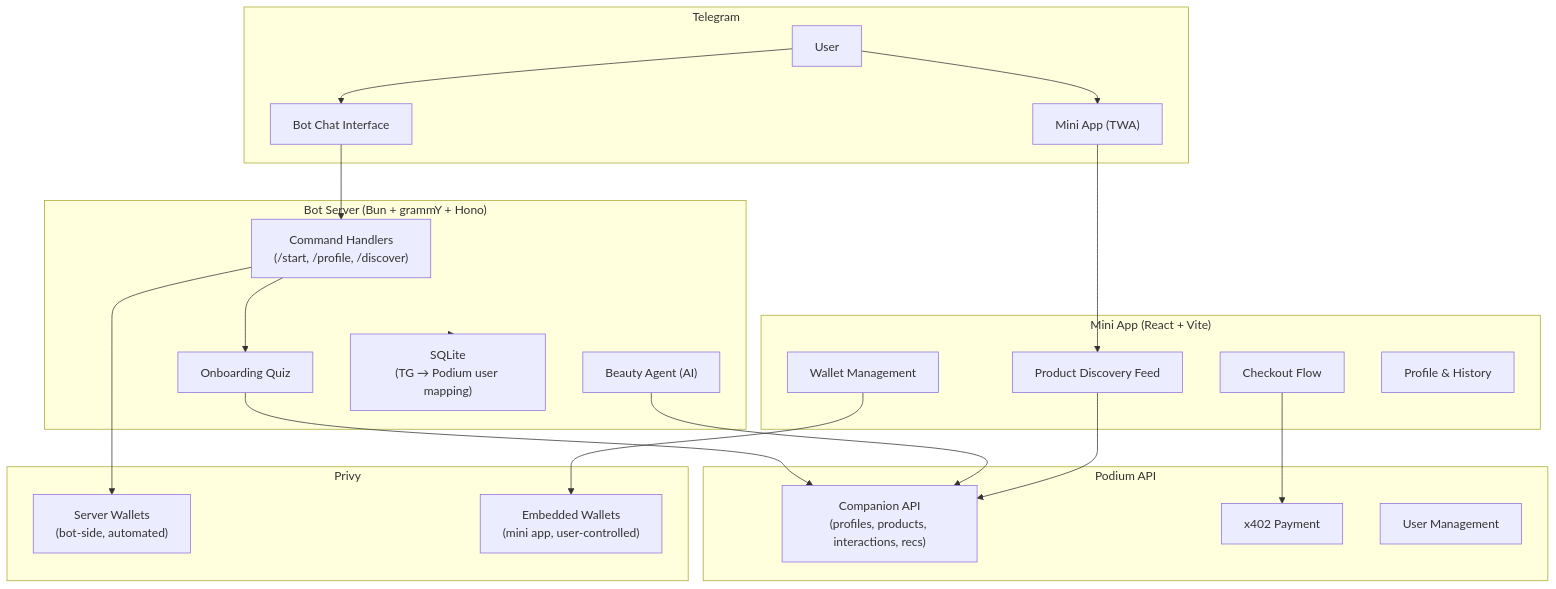
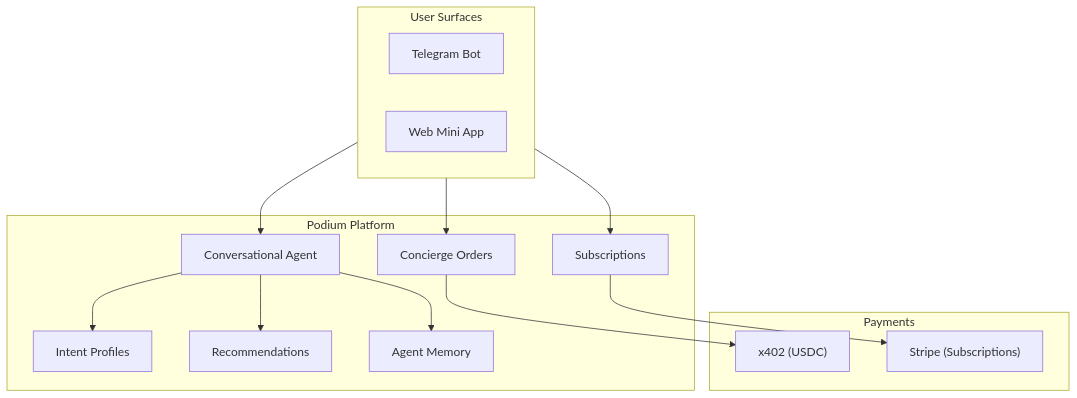
Before and after one commit to kiki-world-01/Docs: the first of 2 diagrams in agentic/beauty-companion.mdx, drawn with Mermaid. The commit also changed other lines of this file and 12 other files, not shown here.

````diff
--- a/agentic/beauty-companion.mdx
+++ b/agentic/beauty-companion.mdx
@@ -18,43 +67,28 @@
 ```mermaid
 graph TB
-    subgraph telegram ["Telegram"]
-        User["User"]
-        BotUI["Bot Chat Interface"]
-        MiniApp["Mini App (TWA)"]
+    subgraph surfaces ["User Surfaces"]
+        Bot["Telegram Bot"]
+        Web["Web Mini App"]
     end
 
-    subgraph bot ["Bot Server (Bun + grammY + Hono)"]
-        Commands["Command Handlers<br/>(/start, /profile, /discover)"]
-        Quiz["Onboarding Quiz"]
-        Agent["Beauty Agent (AI)"]
-        SQLite["SQLite<br/>(TG → Podium user mapping)"]
+    subgraph podium ["Podium Platform"]
+        Agent["Conversational Agent"]
+        Profiles["Intent Profiles"]
+        Recs["Recommendations"]
+        Subs["Subscriptions"]
+        Orders["Concierge Orders"]
+        Memory["Agent Memory"]
     end
 
-    subgraph miniapp ["Mini App (React + Vite)"]
-        Discovery["Product Discovery Feed"]
-        Checkout["Checkout Flow"]
-        Wallet["Wallet Management"]
-        Profile["Profile & History"]
+    subgraph payments ["Payments"]
+        x402["x402 (USDC)"]
+        Stripe["Stripe (Subscriptions)"]
     end
 
-    subgraph podium ["Podium API"]
-        CompanionAPI["Companion API<br/>(profiles, products, interactions, recs)"]
-        x402API["x402 Payment"]
-        UserAPI["User Management"]
-    end
-
-    subgraph wallets ["Privy"]
-        ServerWallet["Server Wallets<br/>(bot-side, automated)"]
-        EmbeddedWallet["Embedded Wallets<br/>(mini app, user-controlled)"]
-    end
-
-    User --> BotUI --> Commands
-    User --> MiniApp --> Discovery
-    Commands --> Quiz --> CompanionAPI
-    Agent --> CompanionAPI
-    Discovery --> CompanionAPI
-    Checkout --> x402API
-    Wallet --> EmbeddedWallet
-    Commands --> ServerWallet
-    bot --> SQLite
+    surfaces --> Agent
+    Agent --> Profiles
+    Agent --> Recs
+    Agent --> Memory
+    surfaces --> Subs --> Stripe
+    surfaces --> Orders --> x402
 ```
````
